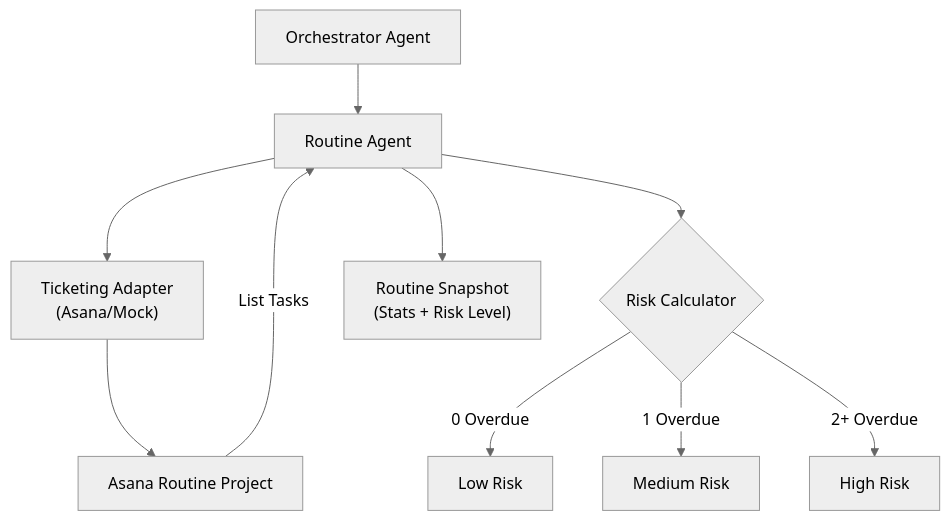
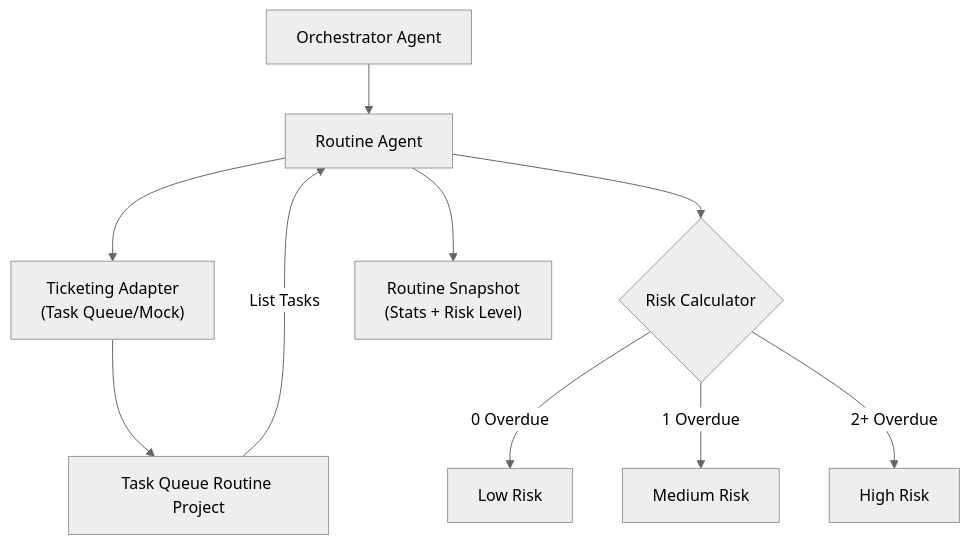
Before and after one commit to shreeshbhat04-ctrl/NEXUS-AI-: the diagram in docs/Agent_Digrams/routine_agent.md, drawn with Mermaid (neutral theme). The commit also changed other lines of this file and 134 other files, not shown here.

````diff
--- a/docs/Agent_Digrams/routine_agent.md
+++ b/docs/Agent_Digrams/routine_agent.md
@@ -16,15 +16,15 @@
 ```mermaid
 graph TD
     OA["Orchestrator Agent"] --> RA["Routine Agent"]
-    RA --> TA["Ticketing Adapter<br/>(Asana/Mock)"]
-    TA --> AS["Asana Routine Project"]
+    RA --> TA["Ticketing Adapter<br/>(Task Queue/Mock)"]
+    TA --> AS["Task Queue Routine Project"]
     
     AS -->|"List Tasks"| RA
     RA --> RC{"Risk Calculator"}
     
     RC -->|"0 Overdue"| LOW["Low Risk"]
     RC -->|"1 Overdue"| MED["Medium Risk"]
     RC -->|"2+ Overdue"| HI["High Risk"]
     
     RA --> OUT["Routine Snapshot<br/>(Stats + Risk Level)"]
 ```
````
